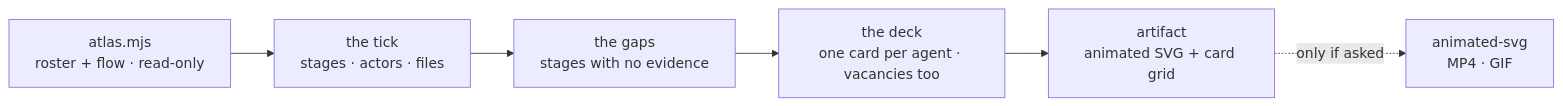
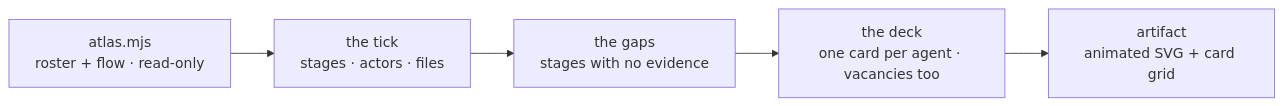
One commit to Busy-Office/ai-skills changed the diagram in skills/loop-atlas/SKILL.md. Above: the diagram before and after it, drawn with Mermaid. The commit also changed other lines of this file and 9 other files, not shown here.

First line of the commit message:
Move app-icon-generator out of the plugin; drop the animated-svg handoff

````diff
--- a/skills/loop-atlas/SKILL.md
+++ b/skills/loop-atlas/SKILL.md
@@ -16,8 +16,7 @@
 ```mermaid
 flowchart LR
   A["atlas.mjs<br/>roster + flow · read-only"] --> B["the tick<br/>stages · actors · files"]
   B --> C["the gaps<br/>stages with no evidence"]
   C --> D["the deck<br/>one card per agent · vacancies too"]
   D --> E["artifact<br/>animated SVG + card grid"]
-  E -. only if asked .-> F["animated-svg<br/>MP4 · GIF"]
 ```
````
